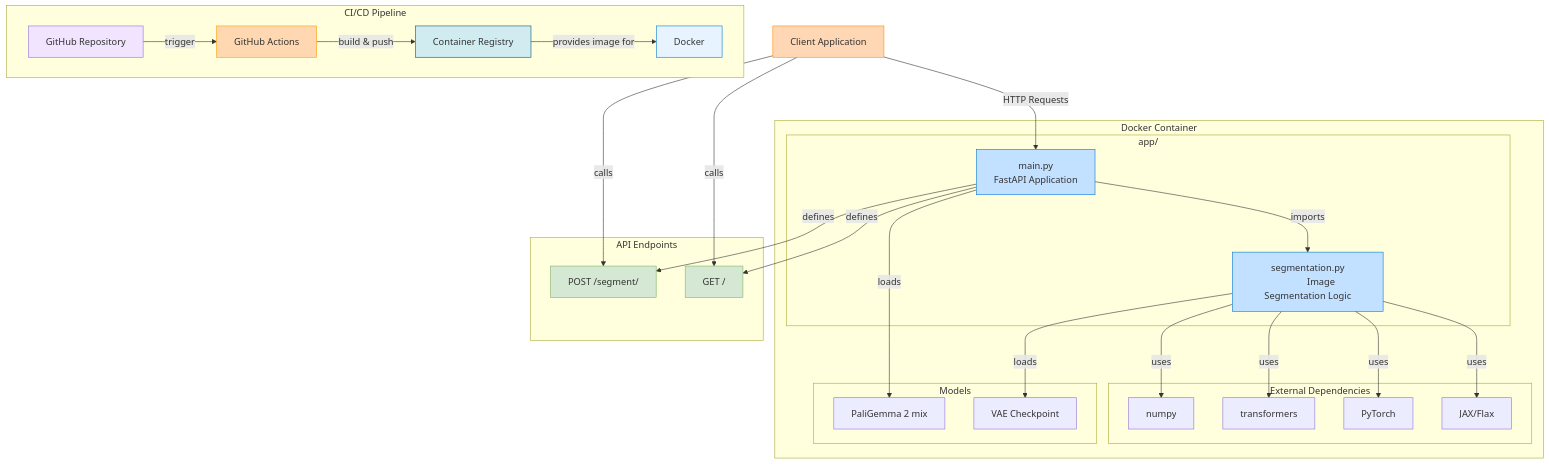
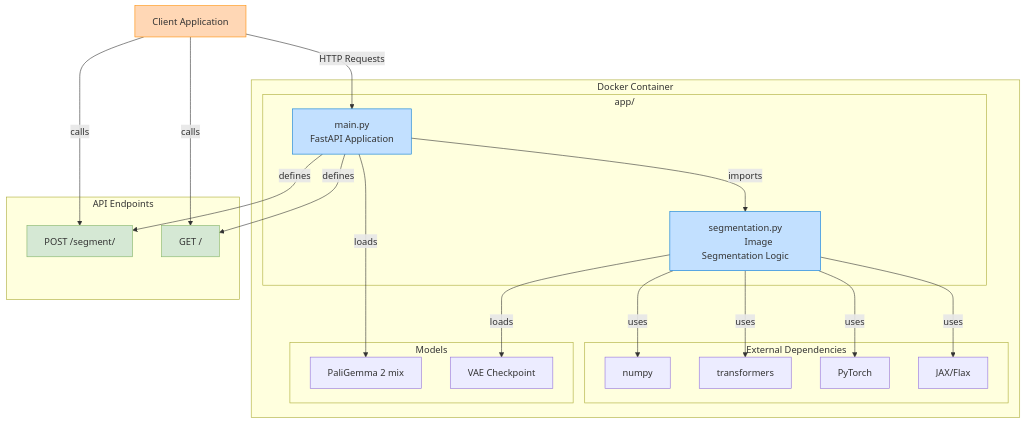
Before and after one commit to JoeJoe1313/PaliGemma-Image-Segmentation: the second of 6 diagrams in README.md, drawn with Mermaid. The commit also changed other lines of this file, not shown here.

````diff
--- a/README.md
+++ b/README.md
@@ -64,63 +50,50 @@
 ```mermaid
 graph TD
     subgraph "Docker Container"
         subgraph "app/"
             main[main.py
             FastAPI Application]
             segmentation[segmentation.py
             Image Segmentation Logic]
             main -->|imports| segmentation
         end
         
         subgraph "External Dependencies"
             NP[numpy]
             TR[transformers]
             PT[PyTorch]
             JF[JAX/Flax]
         end
         
         subgraph "Models"
             PaliGemma[PaliGemma 2 mix]
             VAE[VAE Checkpoint]
         end
         
         segmentation -->|uses| TR
         segmentation -->|uses| PT
         segmentation -->|uses| JF
         segmentation -->|uses| NP
         
         main -->|loads| PaliGemma
         segmentation -->|loads| VAE
     end
     
     Client[Client Application] -->|HTTP Requests| main
     
     subgraph "API Endpoints"
         segment[POST /segment/]
         root[GET /]
     end
     
-    subgraph "CI/CD Pipeline"
-        GitHub[GitHub Repository]
-        Actions[GitHub Actions]
-        Registry[Container Registry]
-        GitHub -->|trigger| Actions
-        Actions -->|build & push| Registry
-        Registry -->|provides image for| Docker
-    end
-    
     main -->|defines| segment
     main -->|defines| root
     Client -->|calls| segment
     Client -->|calls| root
     
-    style Docker fill:#e7f4ff,stroke:#0078d7
     style main fill:#c2e0ff,stroke:#0078d7
     style segmentation fill:#c2e0ff,stroke:#0078d7
     style Client fill:#ffd7b5,stroke:#ff8c00
     style segment fill:#d5e8d4,stroke:#82b366
     style root fill:#d5e8d4,stroke:#82b366
-    style GitHub fill:#f0e4ff,stroke:#9370db
-    style Actions fill:#ffd8b1,stroke:#ff9800
-    style Registry fill:#d1ecf1,stroke:#0c5460
 ```
````
